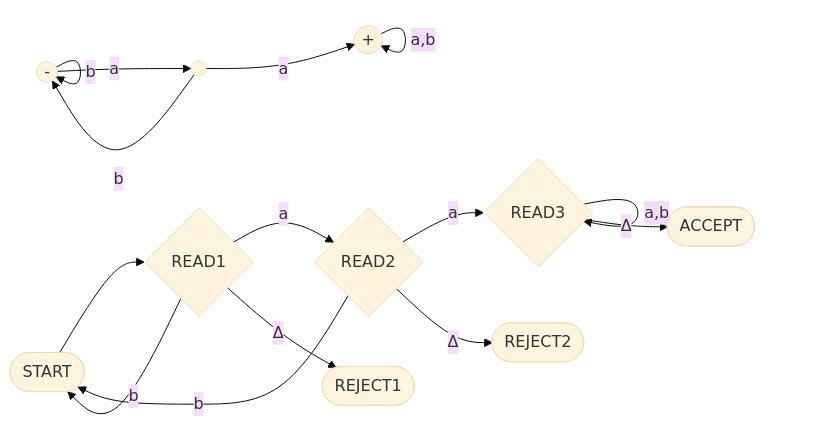
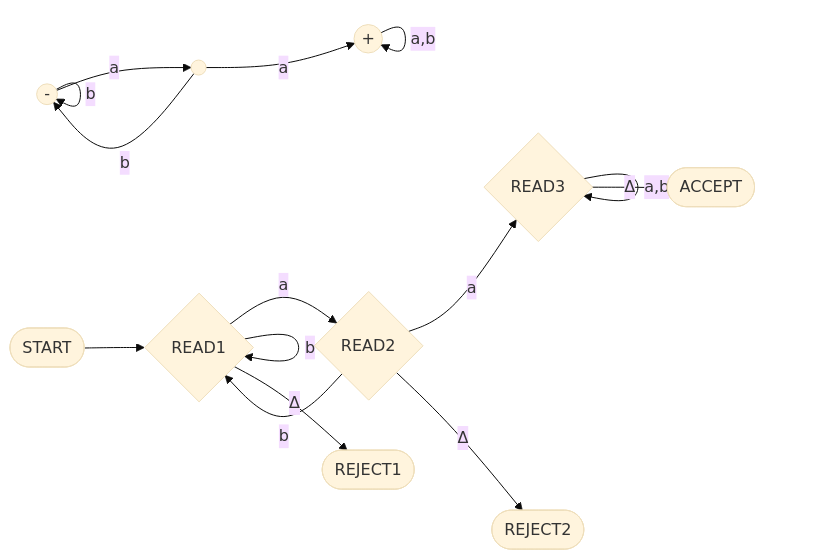
The second of 13 diagrams in mod2/pda.md (ufidon/ct), drawn with Mermaid (base theme) before and after one commit. The commit also changed other lines of this file and 2 other files, not shown here.

````diff
--- a/mod2/pda.md
+++ b/mod2/pda.md
@@ -65,28 +65,28 @@
 ```mermaid
 flowchart LR
   p1(("-"))
   p2((" "))
   p3(("+"))
   p1-->|b|p1
   p1-->|a|p2
   p2-->|b|p1
   p2-->|a|p3
   p3-->|"a,b"|p3
 
   s(["START"])
   r1{"READ1"}
   r2{"READ2"}
   r3{"READ3"}
   rj1(["REJECT1"])
   rj2(["REJECT2"])
   ac(["ACCEPT"])
   s-->r1
   r1-->|a|r2
-  r1-->|b|s
+  r1-->|b|r1
   r2-->|a|r3
-  r2-->|b|s
+  r2-->|b|r1
   r3-->|"a,b"|r3
   r1-->|Δ|rj1
   r2-->|Δ|rj2
   r3-->|Δ|ac
 ```
````
